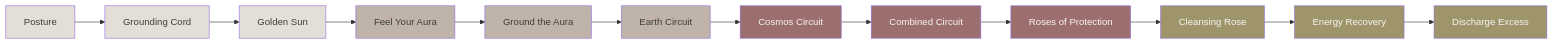
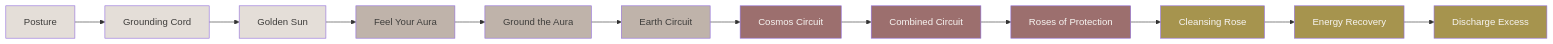
Before and after one commit to Light-Brands/roses-os: diagram 12 of 28 in docs/brand-dna.md, drawn with Mermaid. The commit also changed other lines of this file and 1 other file, not shown here.

````diff
--- a/docs/brand-dna.md
+++ b/docs/brand-dna.md
@@ -591,27 +591,27 @@
 ```mermaid
 graph LR
     A["Posture"] --> B["Grounding Cord"]
     B --> C["Golden Sun"]
     C --> D["Feel Your Aura"]
     D --> E["Ground the Aura"]
     E --> F["Earth Circuit"]
     F --> G["Cosmos Circuit"]
     G --> H["Combined Circuit"]
     H --> I["Roses of Protection"]
     I --> J["Cleansing Rose"]
     J --> K["Energy Recovery"]
     K --> L["Discharge Excess"]
 
     style A fill:#E4DED8,color:#3F3E3C
     style B fill:#E4DED8,color:#3F3E3C
     style C fill:#E4DED8,color:#3F3E3C
     style D fill:#BFB3AA,color:#3F3E3C
     style E fill:#BFB3AA,color:#3F3E3C
     style F fill:#BFB3AA,color:#3F3E3C
     style G fill:#9C6F6E,color:#F7F5F2
     style H fill:#9C6F6E,color:#F7F5F2
     style I fill:#9C6F6E,color:#F7F5F2
-    style J fill:#9E956B,color:#F7F5F2
-    style K fill:#9E956B,color:#F7F5F2
-    style L fill:#9E956B,color:#F7F5F2
+    style J fill:#A6944E,color:#F7F5F2
+    style K fill:#A6944E,color:#F7F5F2
+    style L fill:#A6944E,color:#F7F5F2
 ```
````
